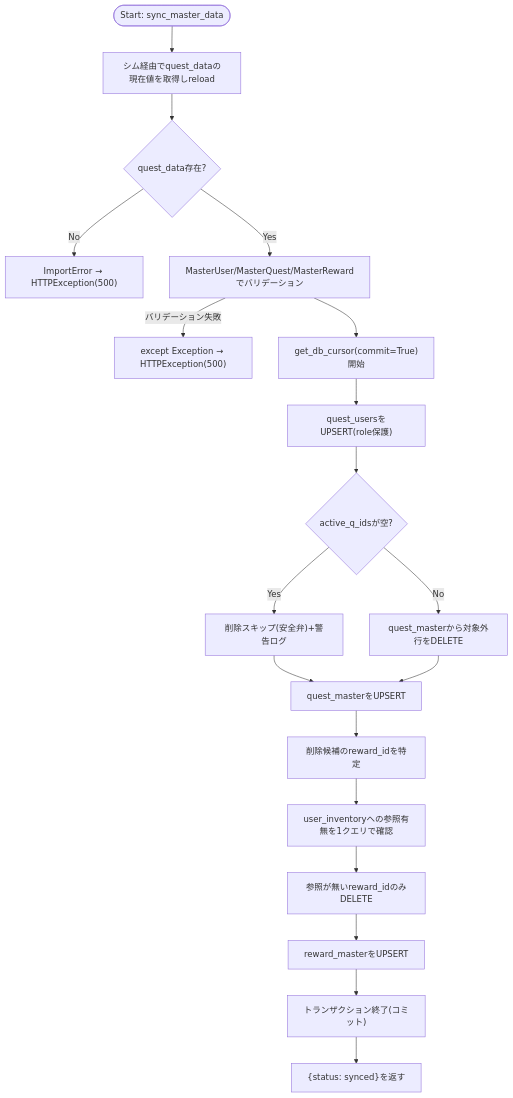
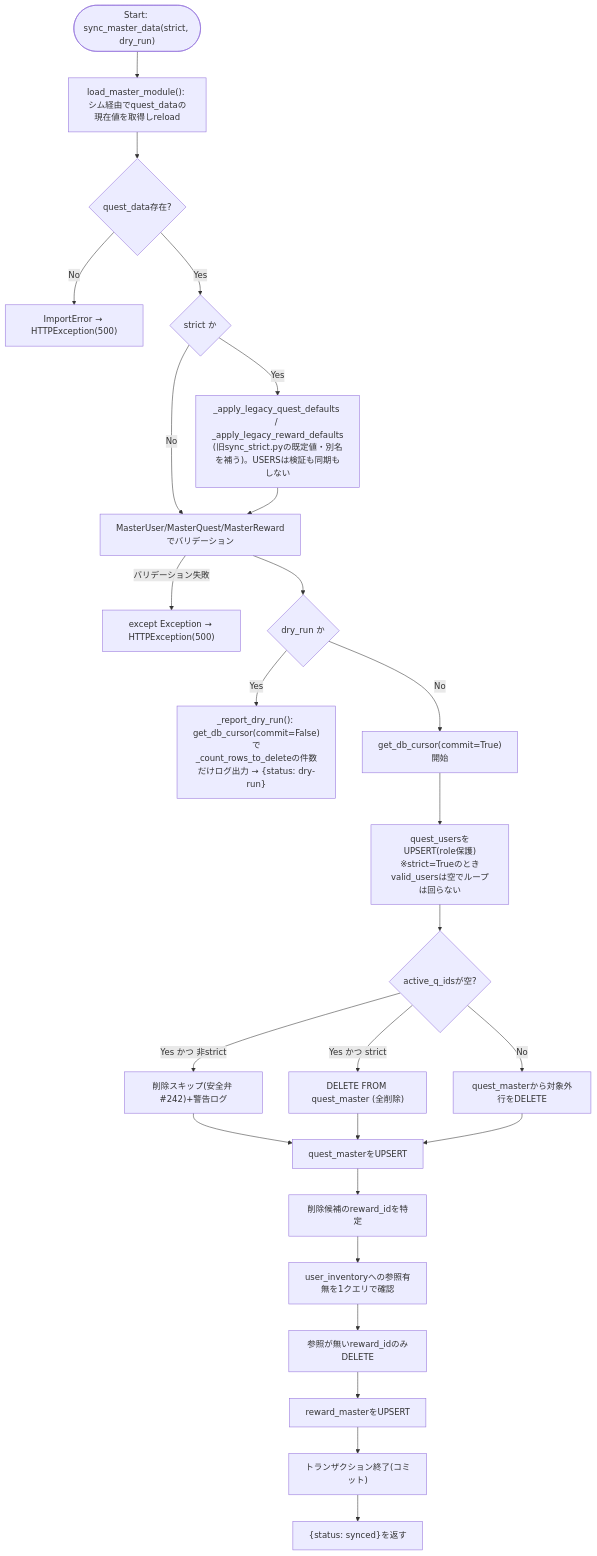
One commit to mmtigers/my_python_project changed the first of 2 diagrams in docs/specifications/MY_HOME_SYSTEM/quest_game_system.md. Above: the diagram before and after it, drawn with Mermaid. The commit also changed other lines of this file and 7 other files, not shown here.

First line of the commit message:
refactor(quest): sync_strict.py を GameSystem.sync_master_data(strict=True) へ統合する (#664) (#691)

````diff
--- a/docs/specifications/MY_HOME_SYSTEM/quest_game_system.md
+++ b/docs/specifications/MY_HOME_SYSTEM/quest_game_system.md
@@ -135,21 +214,28 @@
 ```mermaid
 flowchart TD
-    Start([Start: sync_master_data]) --> ShimImport["シム経由でquest_dataの現在値を取得しreload"]
+    Start(["Start: sync_master_data(strict, dry_run)"]) --> ShimImport["load_master_module(): シム経由でquest_dataの現在値を取得しreload"]
     ShimImport --> Validate{"quest_data存在?"}
     Validate -- No --> RaiseImportError["ImportError → HTTPException(500)"]
-    Validate -- Yes --> BuildModels["MasterUser/MasterQuest/MasterRewardでバリデーション"]
+    Validate -- Yes --> StrictUsers{"strict か"}
+    StrictUsers -- Yes --> LegacyDefaults["_apply_legacy_quest_defaults / _apply_legacy_reward_defaults<br/>(旧sync_strict.pyの既定値・別名を補う)。USERSは検証も同期もしない"]
+    StrictUsers -- No --> BuildModels
+    LegacyDefaults --> BuildModels["MasterUser/MasterQuest/MasterRewardでバリデーション"]
     BuildModels -->|"バリデーション失敗"| Catch500["except Exception → HTTPException(500)"]
-    BuildModels --> Tx["get_db_cursor(commit=True)開始"]
-    Tx --> UpsertUsers["quest_usersをUPSERT(role保護)"]
+    BuildModels --> DryCheck{"dry_run か"}
+    DryCheck -- Yes --> DryReport["_report_dry_run(): get_db_cursor(commit=False)で<br/>_count_rows_to_deleteの件数だけログ出力 → {status: dry-run}"]
+    DryCheck -- No --> Tx["get_db_cursor(commit=True)開始"]
+    Tx --> UpsertUsers["quest_usersをUPSERT(role保護)<br/>※strict=Trueのときvalid_usersは空でループは回らない"]
     UpsertUsers --> CheckQuests{"active_q_idsが空?"}
-    CheckQuests -- Yes --> SkipDelete["削除スキップ(安全弁)+警告ログ"]
     CheckQuests -- No --> DeleteStaleQuests["quest_masterから対象外行をDELETE"]
+    CheckQuests -- "Yes かつ strict" --> DeleteAllQuests["DELETE FROM quest_master (全削除)"]
+    CheckQuests -- "Yes かつ 非strict" --> SkipDelete["削除スキップ(安全弁 #242)+警告ログ"]
     SkipDelete --> UpsertQuests["quest_masterをUPSERT"]
+    DeleteAllQuests --> UpsertQuests
     DeleteStaleQuests --> UpsertQuests
     UpsertQuests --> FindStaleRewards["削除候補のreward_idを特定"]
     FindStaleRewards --> CheckRef["user_inventoryへの参照有無を1クエリで確認"]
     CheckRef --> DeleteUnreferenced["参照が無いreward_idのみDELETE"]
     DeleteUnreferenced --> UpsertRewards["reward_masterをUPSERT"]
     UpsertRewards --> TxEnd["トランザクション終了(コミット)"]
     TxEnd --> ReturnSynced["{status: synced}を返す"]
 ```
````
